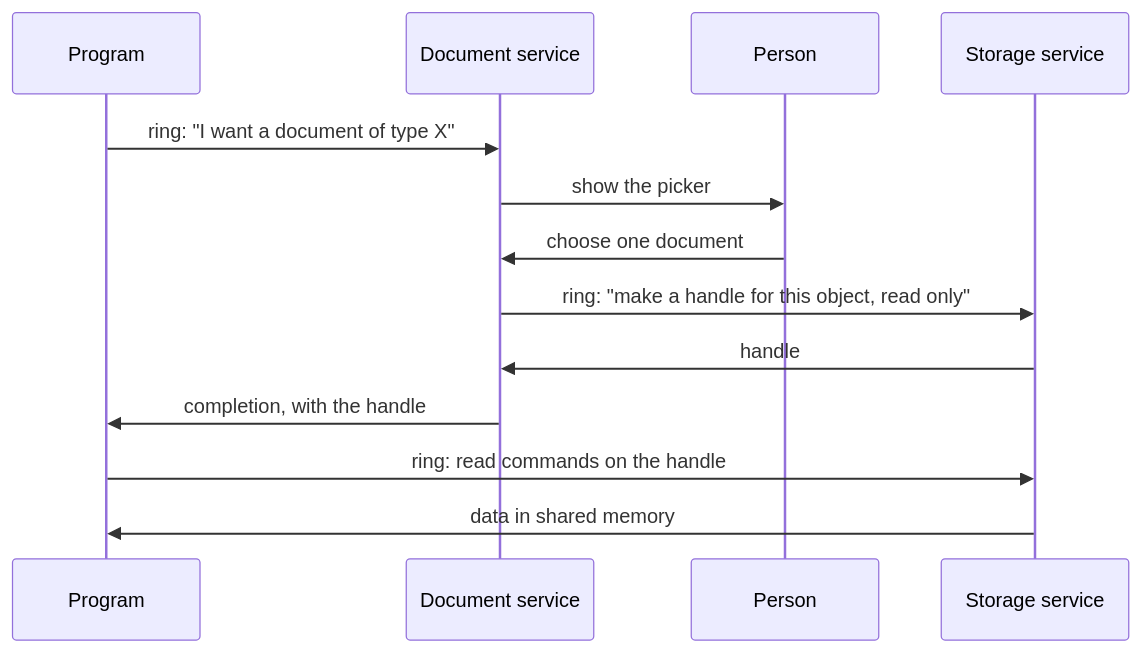
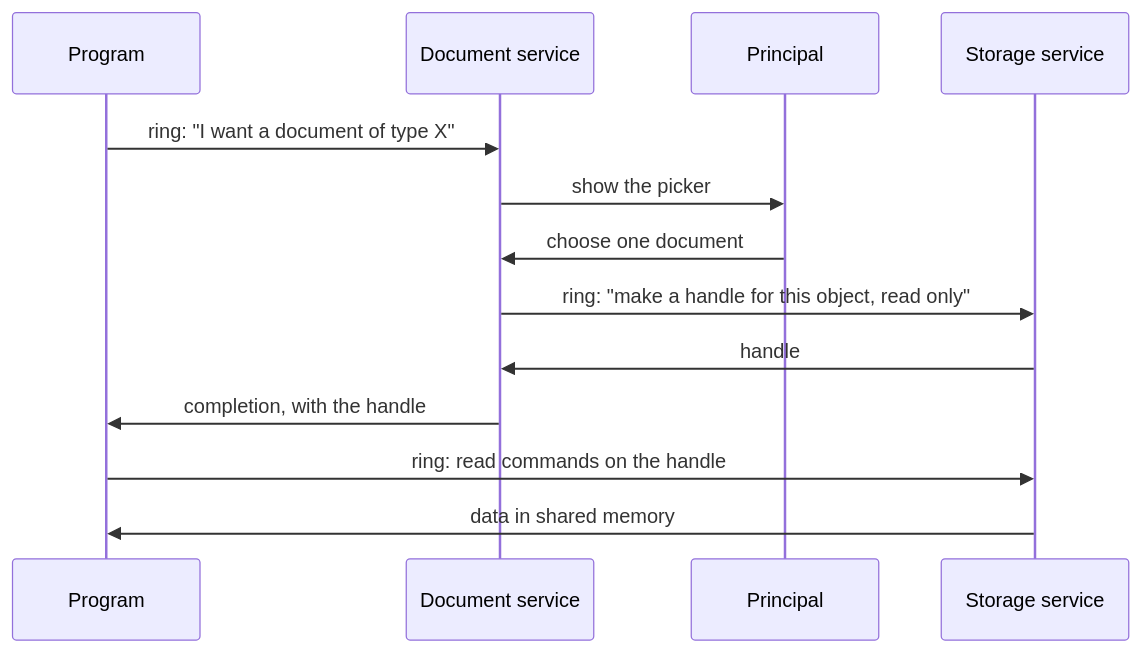
Before and after one commit to sachahjkl/kernel: the fourth of 5 diagrams in docs/ARCHITECTURE.md, drawn with Mermaid. The commit also changed other lines of this file and 19 other files, not shown here.

````diff
--- a/docs/ARCHITECTURE.md
+++ b/docs/ARCHITECTURE.md
@@ -1075,15 +1153,15 @@
 ```mermaid
 sequenceDiagram
   participant P as Program
   participant D as Document service
-  participant U as Person
+  participant U as Principal
   participant S as Storage service
   P->>D: ring: "I want a document of type X"
   D->>U: show the picker
   U->>D: choose one document
   D->>S: ring: "make a handle for this object, read only"
   S->>D: handle
   D->>P: completion, with the handle
   P->>S: ring: read commands on the handle
   S->>P: data in shared memory
 ```
````
